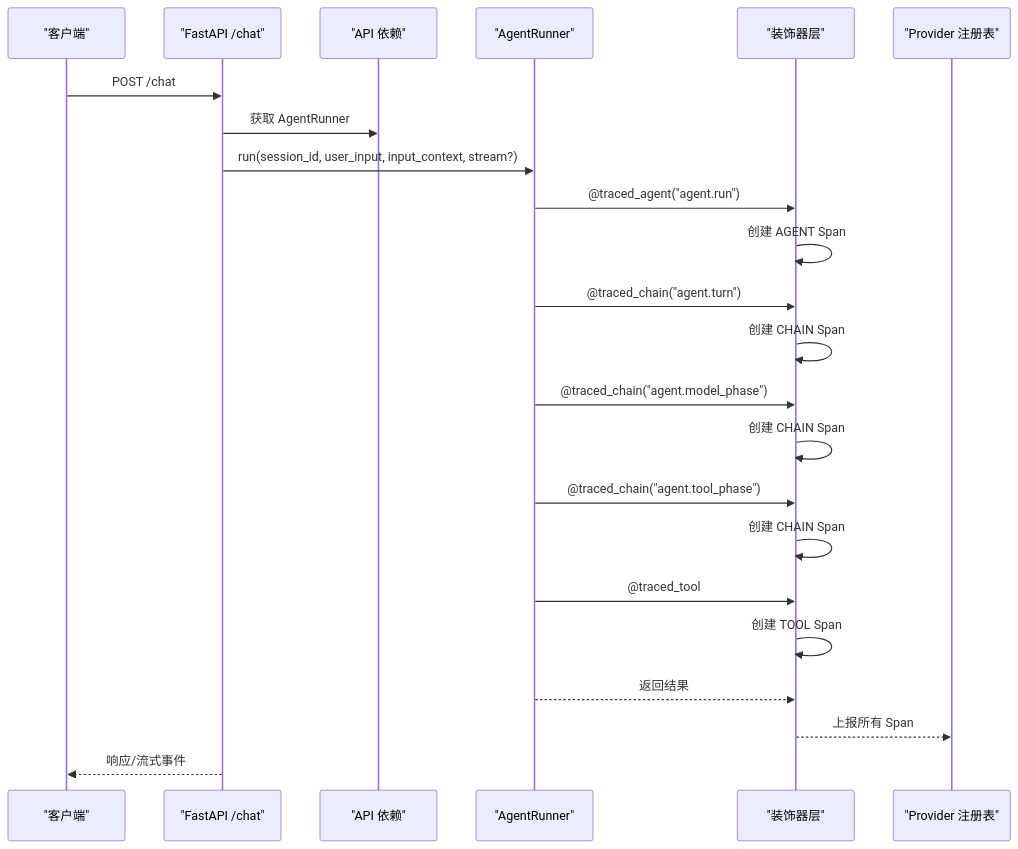
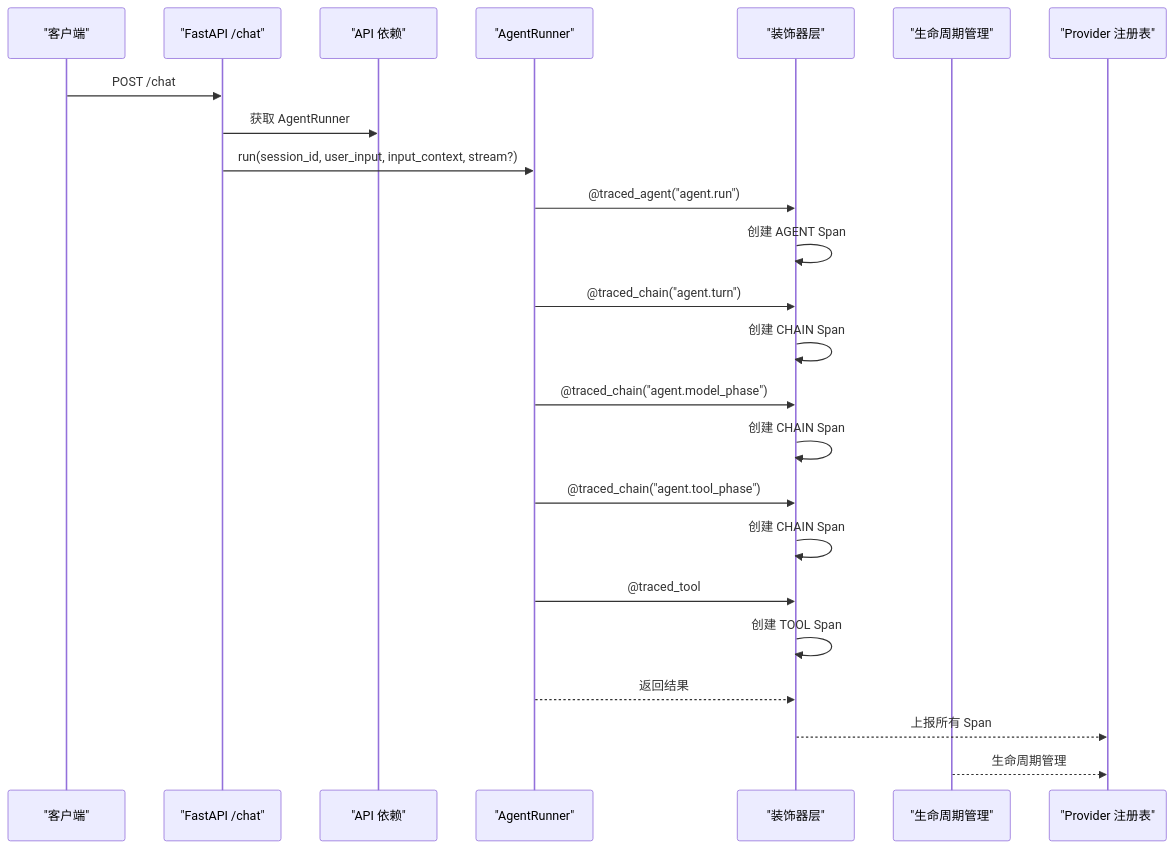
The second of 7 diagrams in repowiki/zh/content/架构设计/可观测性与监控.md (YU-JI-KUI/ark-agentic), drawn with Mermaid before and after one commit. The commit also changed other lines of this file and 116 other files, not shown here.

````diff
--- a/repowiki/zh/content/架构设计/可观测性与监控.md
+++ b/repowiki/zh/content/架构设计/可观测性与监控.md
@@ -108,25 +125,26 @@
 ```mermaid
 sequenceDiagram
 participant Client as "客户端"
 participant API as "FastAPI /chat"
 participant Deps as "API 依赖"
 participant Runner as "AgentRunner"
 participant Decorators as "装饰器层"
+participant Lifecycle as "生命周期管理"
 participant Provider as "Provider 注册表"
 Client->>API : POST /chat
 API->>Deps : 获取 AgentRunner
 API->>Runner : run(session_id, user_input, input_context, stream?)
 Runner->>Decorators : @traced_agent("agent.run")
 Decorators->>Decorators : 创建 AGENT Span
 Runner->>Decorators : @traced_chain("agent.turn")
 Decorators->>Decorators : 创建 CHAIN Span
 Runner->>Decorators : @traced_chain("agent.model_phase")
 Decorators->>Decorators : 创建 CHAIN Span
 Runner->>Decorators : @traced_chain("agent.tool_phase")
 Decorators->>Decorators : 创建 CHAIN Span
 Runner->>Decorators : @traced_tool
 Decorators->>Decorators : 创建 TOOL Span
 Runner-->>Decorators : 返回结果
 Decorators-->>Provider : 上报所有 Span
-API-->>Client : 响应/流式事件
+Lifecycle-->>Provider : 生命周期管理
 ```
````
